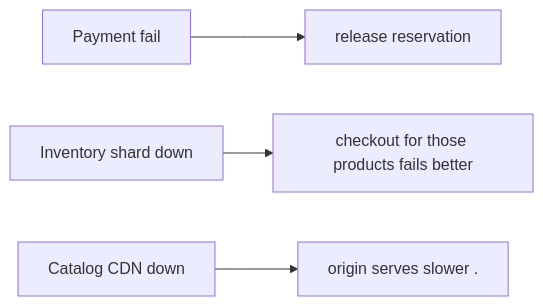
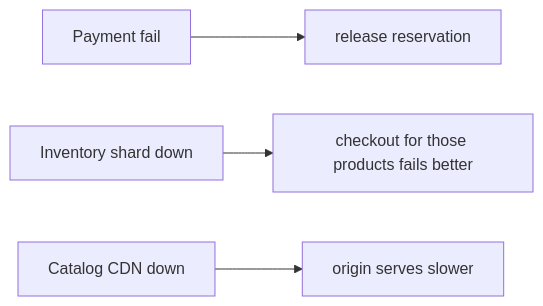
Before and after one commit to RIT-MESH/system-design-mastery: the third of 3 diagrams in case-studies/advanced/ecommerce-platform.md, drawn with Mermaid. The commit also changed other lines of this file and 215 other files, not shown here.

First line of the commit message:
Complete all remaining work: expand case studies, add 13 AI case studies, fix diagrams, status to Complete

````diff
--- a/case-studies/advanced/ecommerce-platform.md
+++ b/case-studies/advanced/ecommerce-platform.md
@@ -136,13 +168,13 @@
 ```mermaid
 %% created-for: system-design-mastery
 flowchart LR
   C1["Payment fail"]
   R2["release reservation"]
   C1 --> R2
   C3["Inventory shard down"]
   R4["checkout for those products fails better"]
   C3 --> R4
   C5["Catalog CDN down"]
-  R6["origin serves slower ."]
+  R6["origin serves slower"]
   C5 --> R6
 ```
````
